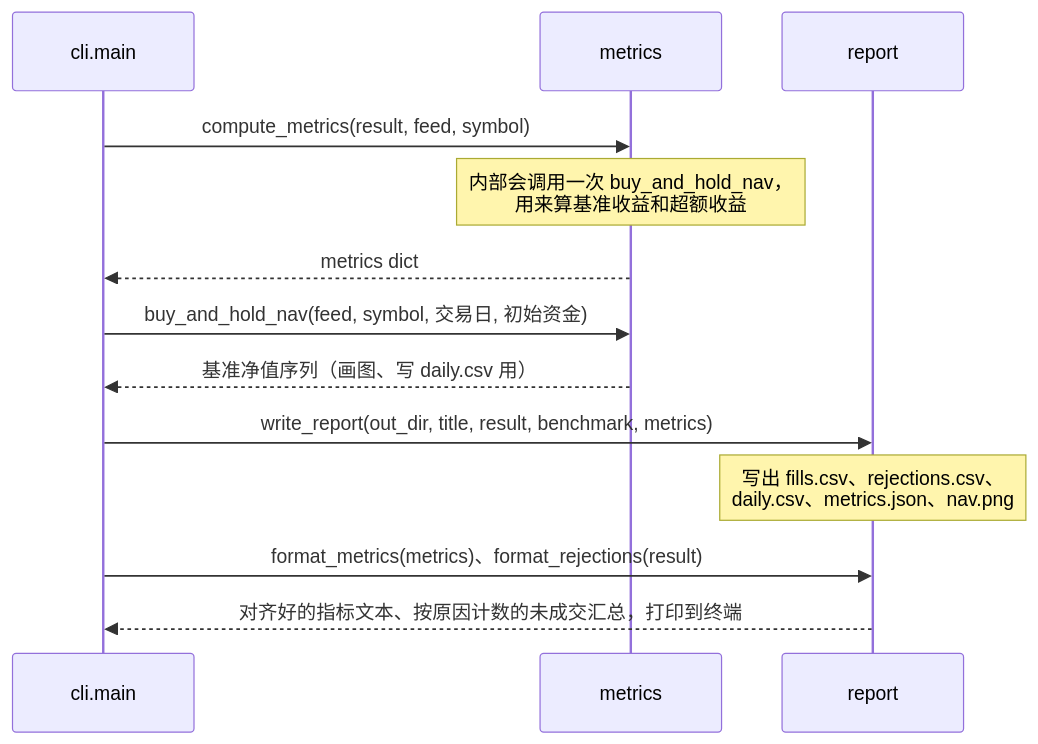
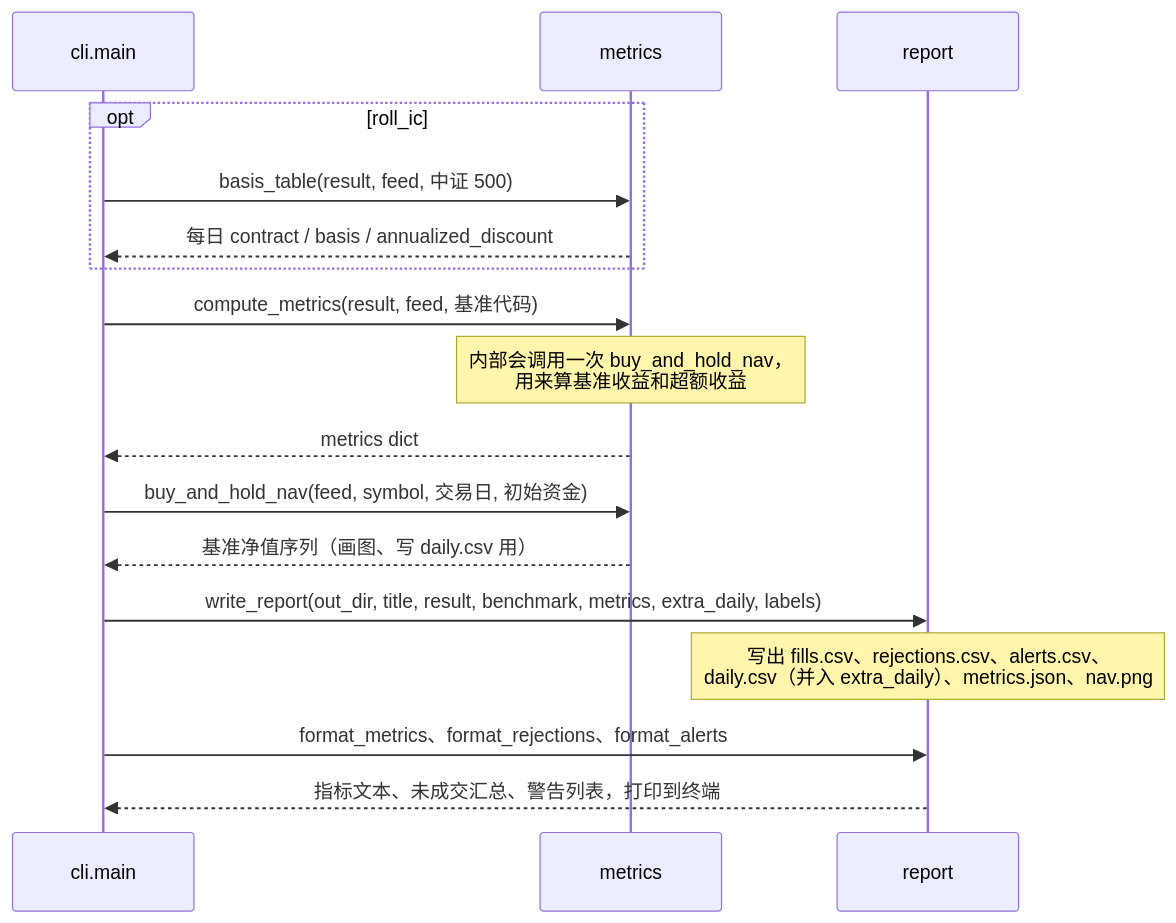
The eighth of 25 diagrams in docs/code-walkthrough.md (guevara12345/quant), drawn with Mermaid before and after one commit. The commit also changed other lines of this file and 33 other files, not shown here.

````diff
--- a/docs/code-walkthrough.md
+++ b/docs/code-walkthrough.md
@@ -423,16 +516,20 @@
 ```mermaid
 sequenceDiagram
     participant CLI as cli.main
     participant M as metrics
     participant RP as report
 
-    CLI->>M: compute_metrics(result, feed, symbol)
+    opt roll_ic
+        CLI->>M: basis_table(result, feed, 中证 500)
+        M-->>CLI: 每日 contract / basis / annualized_discount
+    end
+    CLI->>M: compute_metrics(result, feed, 基准代码)
     Note over M: 内部会调用一次 buy_and_hold_nav，<br/>用来算基准收益和超额收益
     M-->>CLI: metrics dict
     CLI->>M: buy_and_hold_nav(feed, symbol, 交易日, 初始资金)
     M-->>CLI: 基准净值序列（画图、写 daily.csv 用）
-    CLI->>RP: write_report(out_dir, title, result, benchmark, metrics)
-    Note over RP: 写出 fills.csv、rejections.csv、<br/>daily.csv、metrics.json、nav.png
-    CLI->>RP: format_metrics(metrics)、format_rejections(result)
-    RP-->>CLI: 对齐好的指标文本、按原因计数的未成交汇总，打印到终端
+    CLI->>RP: write_report(out_dir, title, result, benchmark, metrics, extra_daily, labels)
+    Note over RP: 写出 fills.csv、rejections.csv、alerts.csv、<br/>daily.csv（并入 extra_daily）、metrics.json、nav.png
+    CLI->>RP: format_metrics、format_rejections、format_alerts
+    RP-->>CLI: 指标文本、未成交汇总、警告列表，打印到终端
 ```
````
